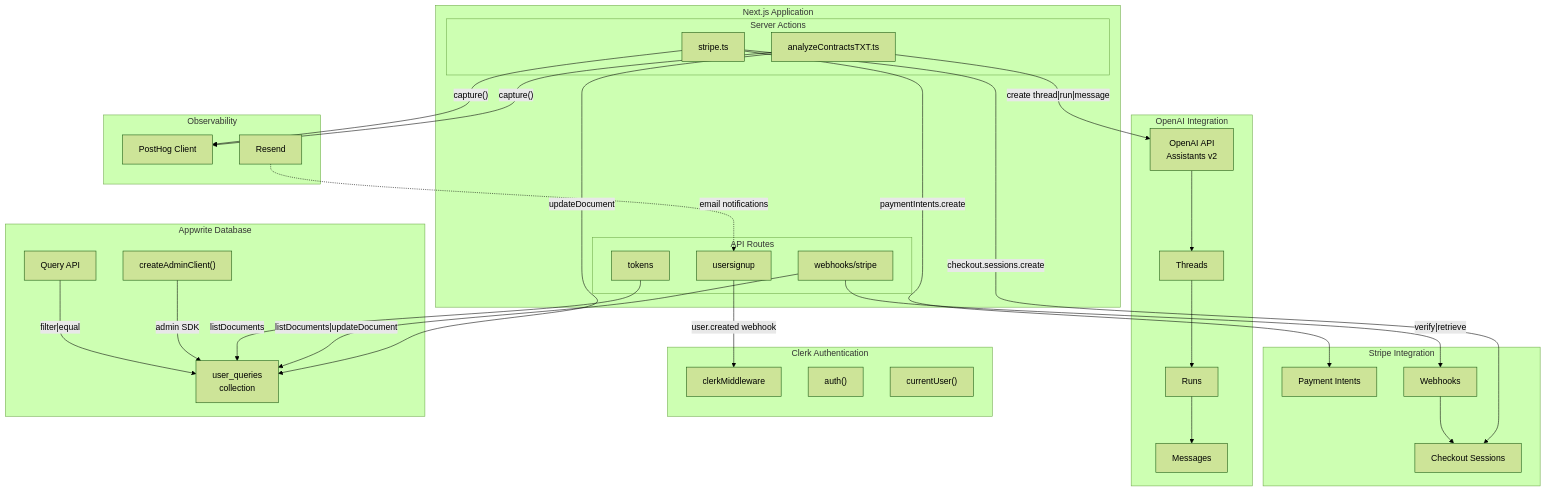
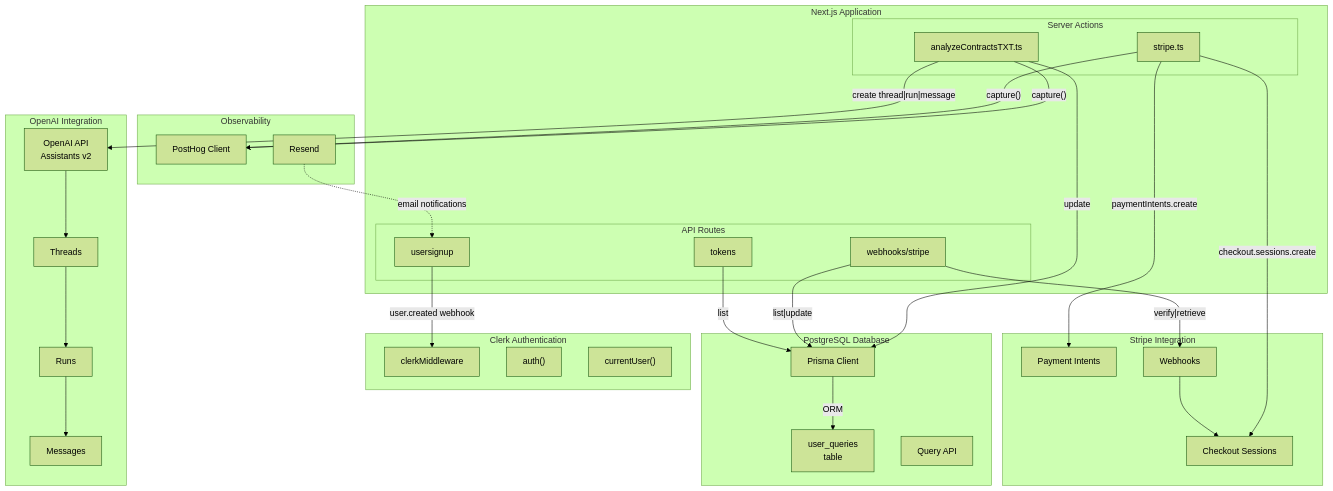
One commit to duzhongli-d/contractagent changed the second of 7 diagrams in docs/architecture/COMPONENT_INTERACTIONS.md. Above: the diagram before and after it, drawn with Mermaid (forest theme). The commit also changed other lines of this file and 8 other files, not shown here.

````diff
--- a/docs/architecture/COMPONENT_INTERACTIONS.md
+++ b/docs/architecture/COMPONENT_INTERACTIONS.md
@@ -81,67 +81,66 @@
 ```mermaid
 graph TB
     subgraph NextJSApp["Next.js Application"]
         subgraph Actions["Server Actions"]
             SA1["analyzeContractsTXT.ts"]
             SA2["stripe.ts"]
         end
         subgraph APIs["API Routes"]
             AR1["webhooks/stripe"]
             AR2["usersignup"]
             AR3["tokens"]
         end
     end
 
     subgraph OpenAI_Integration["OpenAI Integration"]
         OA["OpenAI API<br/>Assistants v2"]
         OT["Threads"]
         OR["Runs"]
         OM["Messages"]
     end
 
     subgraph Stripe_Integration["Stripe Integration"]
         SC["Checkout Sessions"]
         PI["Payment Intents"]
         WH["Webhooks"]
     end
 
     subgraph Clerk_Integration["Clerk Authentication"]
         CM["clerkMiddleware"]
         AU["auth()"]
         CU["currentUser()"]
     end
 
-    subgraph Appwrite_Integration["Appwrite Database"]
-        DB["user_queries<br/>collection"]
-        AD["createAdminClient()"]
+    subgraph PostgreSQL_Integration["PostgreSQL Database"]
+        DB["user_queries<br/>table"]
+        PR["Prisma Client"]
         QU["Query API"]
     end
 
     subgraph Observability["Observability"]
         PH["PostHog Client"]
         RE["Resend"]
     end
 
     SA1 -->|"create thread|run|message"| OA
     OA --> OT --> OR --> OM
 
     SA2 -->|"checkout.sessions.create"| SC
     SA2 -->|"paymentIntents.create"| PI
 
     AR1 -->|"verify|retrieve"| WH
     WH --> SC
 
     AR2 -->|"user.created webhook"| CM
 
-    SA1 -->|"updateDocument"| DB
-    AR1 -->|"listDocuments|updateDocument"| DB
-    AR3 -->|"listDocuments"| DB
+    SA1 -->|"update"| PR
+    AR1 -->|"list|update"| PR
+    AR3 -->|"list"| PR
 
     SA1 -->|"capture()"| PH
     SA2 -->|"capture()"| PH
 
-    AD -->|"admin SDK"| DB
-    QU -->|"filter|equal"| DB
+    PR -->|"ORM"| DB
 
     RE -.->|"email notifications"| AR2
 ```
````
